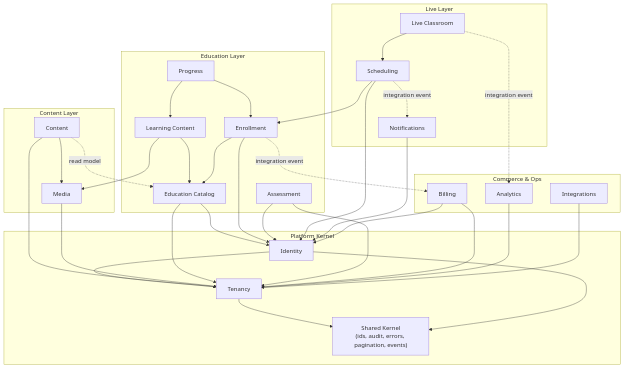
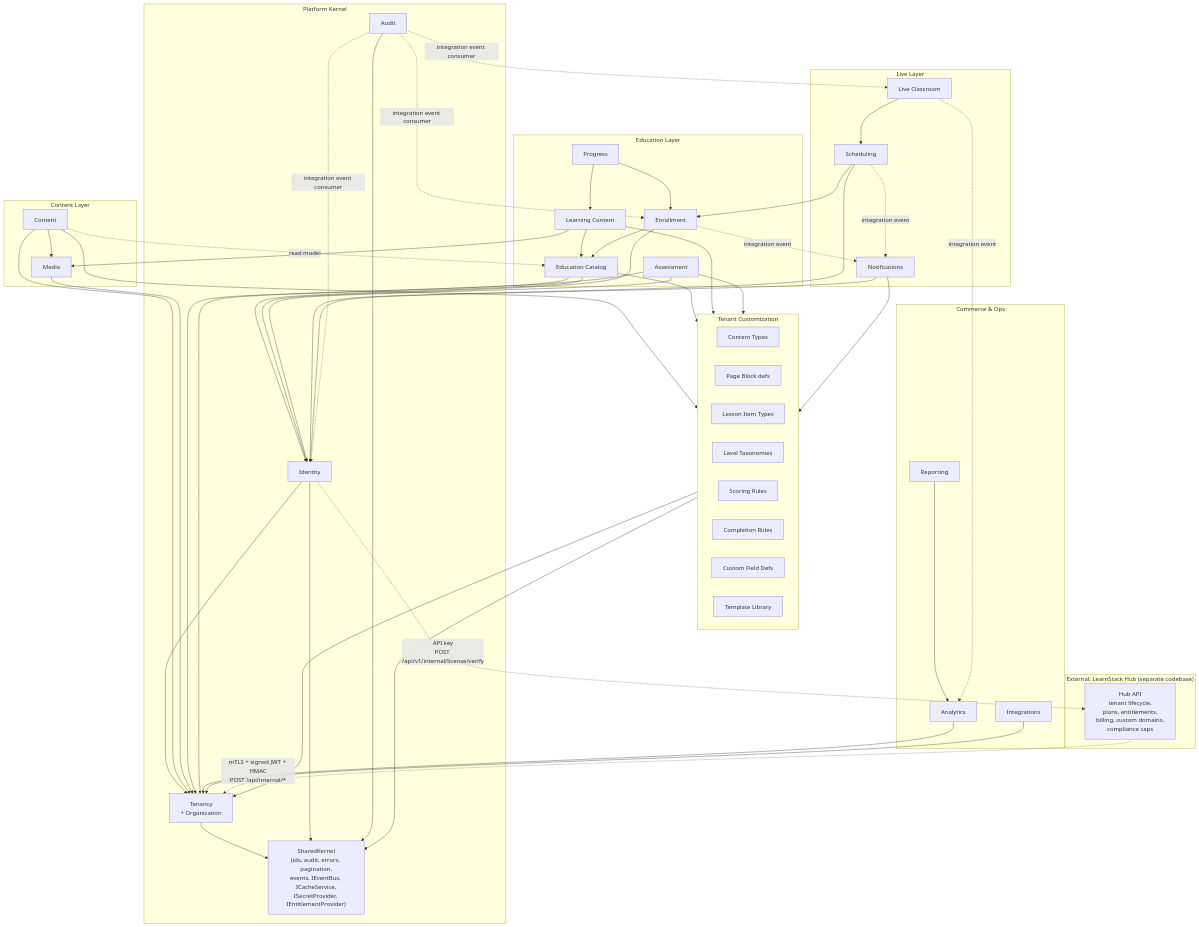
The diagram in docs/architecture/03-module-boundaries.md (HodeTech/LearnStack), drawn with Mermaid before and after one commit. The commit also changed other lines of this file and 77 other files, not shown here.

````diff
--- a/docs/architecture/03-module-boundaries.md
+++ b/docs/architecture/03-module-boundaries.md
@@ -7,9 +29,21 @@
 ```mermaid
 flowchart TB
   subgraph platform["Platform Kernel"]
-    kernel["Shared Kernel<br/>(ids, audit, errors, pagination, events)"]
-    tenancy[Tenancy]
+    kernel["SharedKernel<br/>(ids, audit, errors, pagination,<br/>events, IEventBus, ICacheService,<br/>ISecretProvider, IEntitlementProvider)"]
+    tenancy[Tenancy<br/>+ Organization]
     identity[Identity]
+    audit[Audit]
+  end
+
+  subgraph customization["Tenant Customization"]
+    contenttypes[Content Types]
+    pageblocks[Page Block defs]
+    lessonitemtypes[Lesson Item Types]
+    leveltax[Level Taxonomies]
+    scoringrules[Scoring Rules]
+    completionrules[Completion Rules]
+    customfields[Custom Field Defs]
+    templatelib[Template Library]
   end
 
   subgraph content["Content Layer"]
@@ -32,42 +66,60 @@
   end
 
   subgraph commerce["Commerce & Ops"]
-    billing[Billing]
     analytics[Analytics]
+    reporting[Reporting]
     integrations[Integrations]
+  end
+
+  subgraph external["External: LearnStack Hub (separate codebase)"]
+    hubapi["Hub API<br/>tenant lifecycle,<br/>plans, entitlements,<br/>billing, custom domains,<br/>compliance caps"]
   end
 
   tenancy --> kernel
   identity --> kernel
   identity --> tenancy
+  audit --> kernel
+
+  customization --> tenancy
+  customization --> kernel
 
   cms --> tenancy
+  cms --> customization
   mediaMod --> tenancy
   cms --> mediaMod
 
   catalog --> tenancy
   catalog --> identity
+  catalog --> customization
   learning --> catalog
   learning --> mediaMod
+  learning --> customization
   enrollment --> catalog
   enrollment --> identity
   progress --> learning
   progress --> enrollment
   assessment --> tenancy
   assessment --> identity
+  assessment --> customization
 
   scheduling --> identity
   scheduling --> enrollment
   classroom --> scheduling
   notifications --> identity
+  notifications --> customization
 
-  billing --> tenancy
-  billing --> identity
   analytics --> tenancy
+  reporting --> analytics
   integrations --> tenancy
 
-  enrollment -. integration event .-> billing
+  enrollment -. integration event .-> notifications
   classroom -. integration event .-> analytics
   scheduling -. integration event .-> notifications
   cms -. read model .-> catalog
+  audit -. integration event consumer .-> identity
+  audit -. integration event consumer .-> enrollment
+  audit -. integration event consumer .-> classroom
+
+  hubapi -. "mTLS + signed JWT + HMAC<br/>POST /api/internal/*" .-> tenancy
+  identity -. "API key<br/>POST /api/v1/internal/license/verify" .-> hubapi
 ```
````
